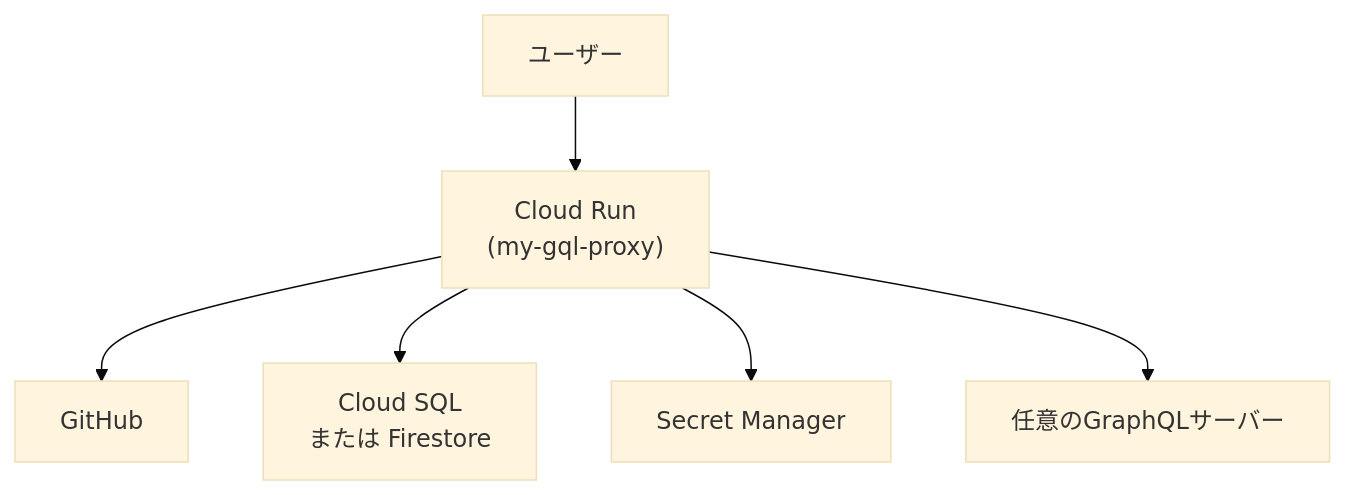
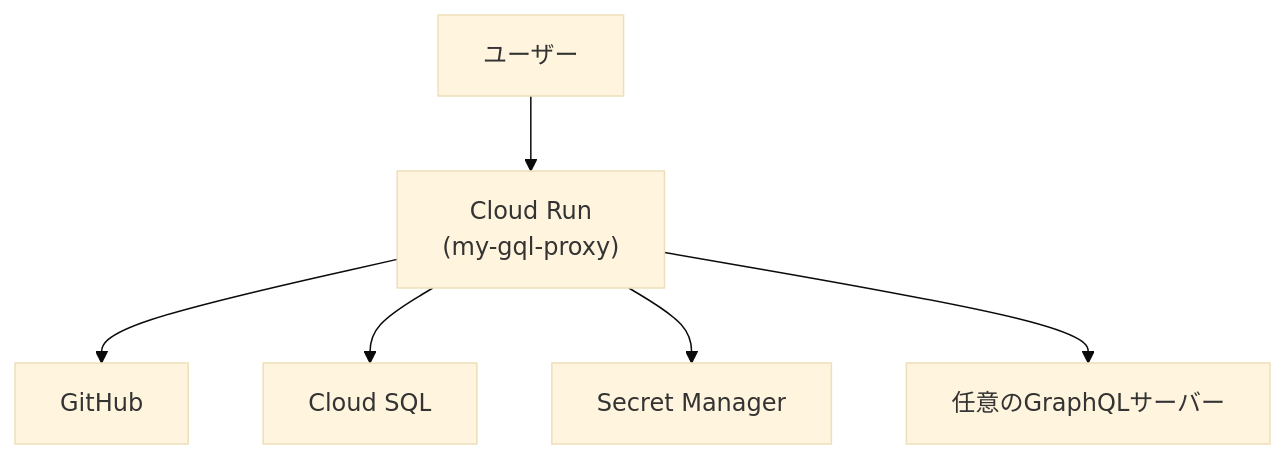
Before and after one commit to yujiorama/my-gql-proxy: the diagram in README.md, drawn with Mermaid (base theme). The commit also changed other lines of this file, not shown here.

````diff
--- a/README.md
+++ b/README.md
@@ -39,8 +37,8 @@
 ```mermaid
 graph TD
   U[ユーザー] --> CR["Cloud Run<br/>(my-gql-proxy)"]
   CR --> GH[GitHub]
-  CR --> DB["Cloud SQL<br/>または Firestore"]
+  CR --> DB["Cloud SQL"]
   CR --> SM["Secret Manager"]
   CR --> GQL["任意のGraphQLサーバー"]
 ```
````
